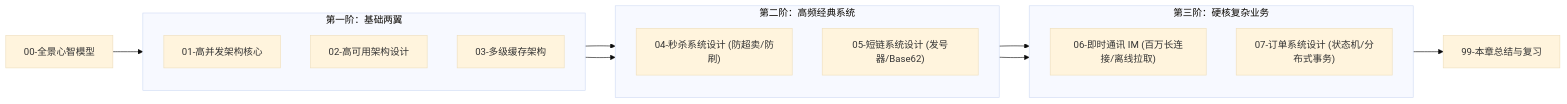
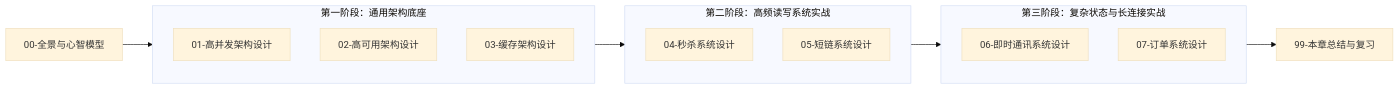
The fourth of 4 diagrams in 20-Java后端/08-系统设计/00-系统设计全景与心智模型.md (GuoWWWX/knowledge-base), drawn with Mermaid (base theme) before and after one commit. The commit also changed other lines of this file and 251 other files, not shown here.

````diff
--- a/20-Java后端/08-系统设计/00-系统设计全景与心智模型.md
+++ b/20-Java后端/08-系统设计/00-系统设计全景与心智模型.md
@@ -162,26 +204,22 @@
 ```mermaid
 flowchart LR
-    M0["00-全景心智模型"] --> S1["第一阶：基础两翼"]
-    S1 --> S2["第二阶：高频经典系统"]
-    S2 --> S3["第三阶：硬核复杂业务"]
+    M0["00-全景与心智模型"] --> S1
 
-    subgraph S1["第一阶：基础两翼"]
-        A1["01-高并发架构核心"]
+    subgraph S1["第一阶段：通用架构底座"]
+        A1["01-高并发架构设计"]
         A2["02-高可用架构设计"]
-        A3["03-多级缓存架构"]
+        A3["03-缓存架构设计"]
     end
 
-    subgraph S2["第二阶：高频经典系统"]
-        B1["04-秒杀系统设计 (防超卖/防刷)"]
-        B2["05-短链系统设计 (发号器/Base62)"]
+    subgraph S2["第二阶段：高频读写系统实战"]
+        B1["04-秒杀系统设计"]
+        B2["05-短链系统设计"]
     end
 
-    subgraph S3["第三阶：硬核复杂业务"]
-        C1["06-即时通讯 IM (百万长连接/离线拉取)"]
-        C2["07-订单系统设计 (状态机/分布式事务)"]
+    subgraph S3["第三阶段：复杂状态与长连接实战"]
+        C1["06-即时通讯系统设计"]
+        C2["07-订单系统设计"]
     end
 
-    S1 --> S2
-    S2 --> S3
-    S3 --> FIN["99-本章总结与复习"]
+    S1 --> S2 --> S3 --> FIN["99-本章总结与复习"]
 ```
````
